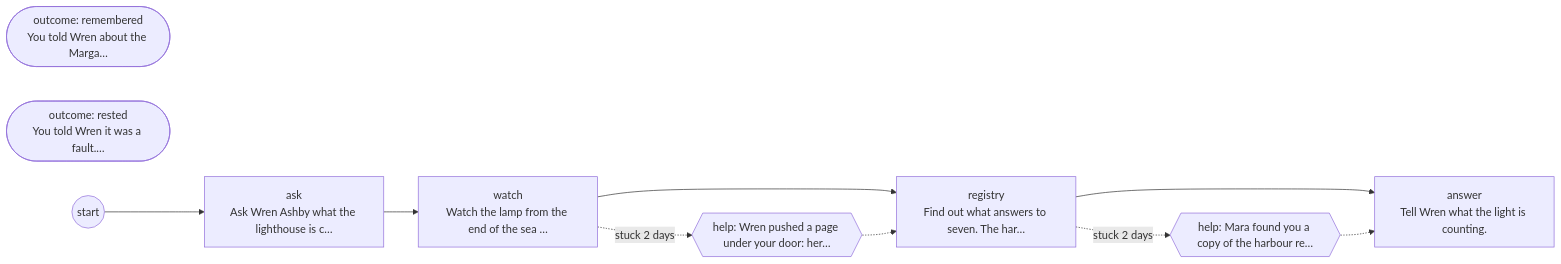
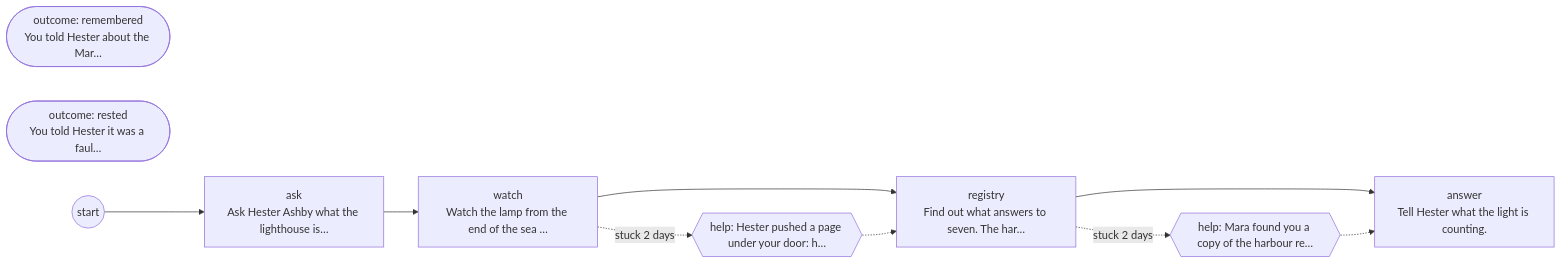
Before and after one commit to DoctorStrangeSH/ECHOES-OF-THE-VEIL: diagram 13 of 13 in docs/generated/cases.md, drawn with Mermaid. The commit also changed other lines of this file and 38 other files, not shown here.

````diff
--- a/docs/generated/cases.md
+++ b/docs/generated/cases.md
@@ -112,19 +182,19 @@
 ```mermaid
 flowchart LR
-  case_lighthouse_ask["ask<br/>Ask Wren Ashby what the lighthouse is c…"]
+  case_lighthouse_ask["ask<br/>Ask Hester Ashby what the lighthouse is…"]
   case_lighthouse_watch["watch<br/>Watch the lamp from the end of the sea …"]
   case_lighthouse_registry["registry<br/>Find out what answers to seven. The har…"]
-  case_lighthouse_answer["answer<br/>Tell Wren what the light is counting."]
+  case_lighthouse_answer["answer<br/>Tell Hester what the light is counting."]
   case_lighthouse_ask --> case_lighthouse_watch
   case_lighthouse_watch --> case_lighthouse_registry
   case_lighthouse_registry --> case_lighthouse_answer
-  case_lighthouse_out_remembered(["outcome: remembered<br/>You told Wren about the Marga…"])
-  case_lighthouse_out_rested(["outcome: rested<br/>You told Wren it was a fault.…"])
+  case_lighthouse_out_remembered(["outcome: remembered<br/>You told Hester about the Mar…"])
+  case_lighthouse_out_rested(["outcome: rested<br/>You told Hester it was a faul…"])
   case_lighthouse_START(("start")) --> case_lighthouse_ask
-  case_lighthouse_ff_0{{"help: Wren pushed a page under your door: her…"}}
+  case_lighthouse_ff_0{{"help: Hester pushed a page under your door: h…"}}
   case_lighthouse_watch -.->|"stuck 2 days"| case_lighthouse_ff_0
   case_lighthouse_ff_0 -.-> case_lighthouse_registry
   case_lighthouse_ff_1{{"help: Mara found you a copy of the harbour re…"}}
   case_lighthouse_registry -.->|"stuck 2 days"| case_lighthouse_ff_1
   case_lighthouse_ff_1 -.-> case_lighthouse_answer
 ```
````
